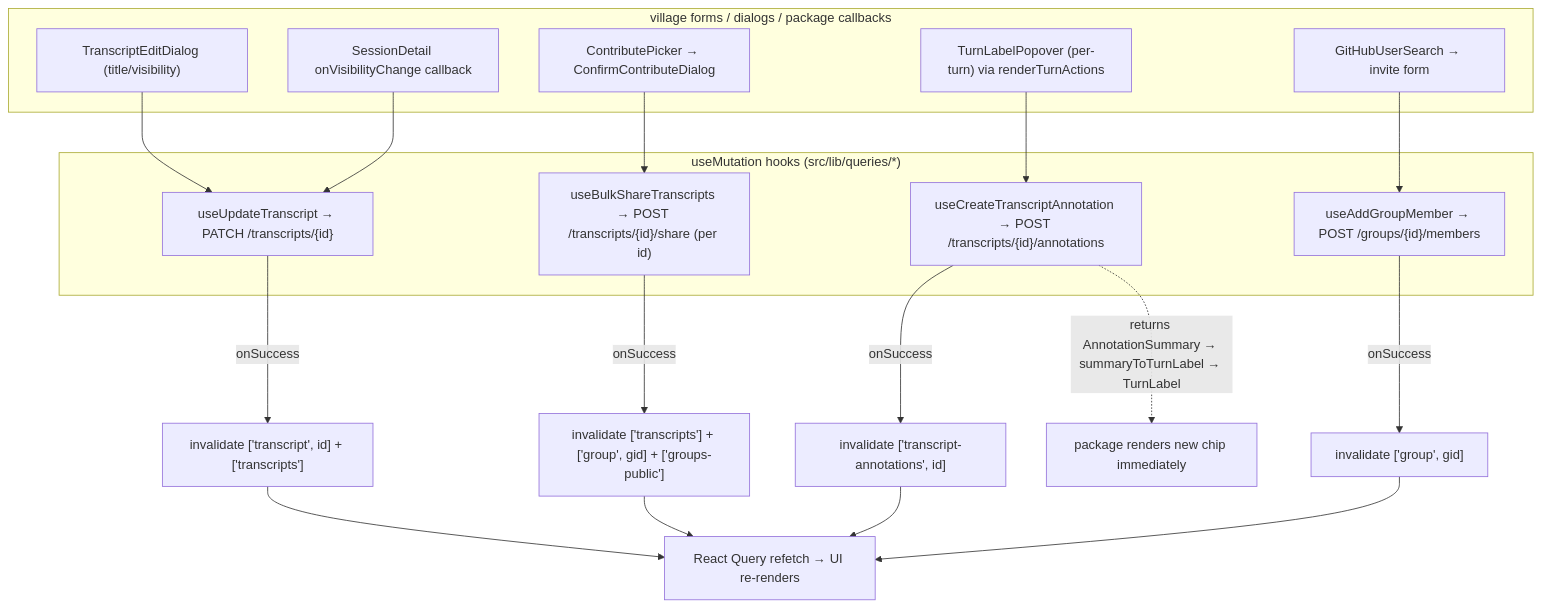
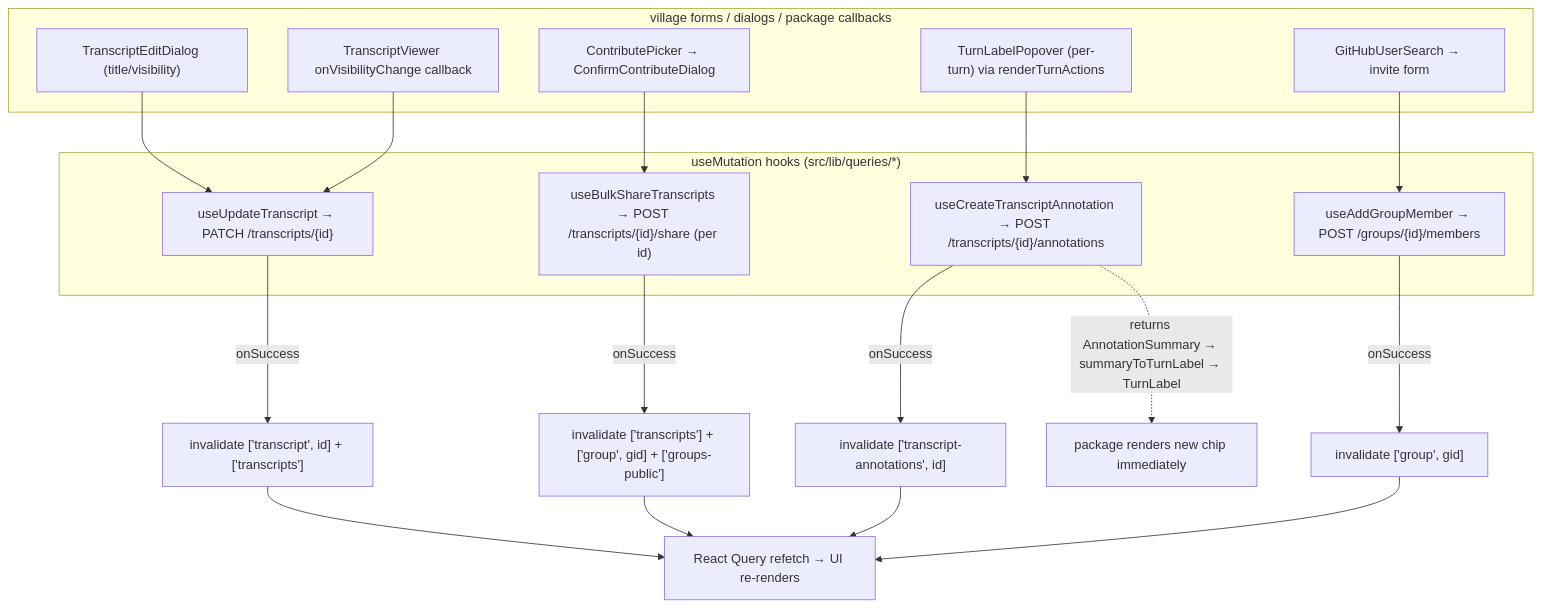
One commit to peasant-labs/village changed the second of 3 diagrams in frontend/docs/data-binding.md. Above: the diagram before and after it, drawn with Mermaid. The commit also changed other lines of this file and 22 other files, not shown here.

First line of the commit message:
refactor(frontend): import the transcript graph and TurnLabel from fairtrade 0.0.18 (#77)

````diff
--- a/frontend/docs/data-binding.md
+++ b/frontend/docs/data-binding.md
@@ -110,31 +113,31 @@
 ```mermaid
 flowchart TD
   subgraph forms["village forms / dialogs / package callbacks"]
     edit["TranscriptEditDialog (title/visibility)"]
-    vis["SessionDetail onVisibilityChange callback"]
+    vis["TranscriptViewer onVisibilityChange callback"]
     contrib["ContributePicker → ConfirmContributeDialog"]
     label["TurnLabelPopover (per-turn) via renderTurnActions"]
     invite["GitHubUserSearch → invite form"]
   end
 
   subgraph muts["useMutation hooks (src/lib/queries/*)"]
     up["useUpdateTranscript → PATCH /transcripts/{id}"]
     bulk["useBulkShareTranscripts → POST /transcripts/{id}/share (per id)"]
     ann["useCreateTranscriptAnnotation → POST /transcripts/{id}/annotations"]
     add["useAddGroupMember → POST /groups/{id}/members"]
   end
 
   edit --> up
   vis --> up
   contrib --> bulk
   label --> ann
   invite --> add
 
   up -- onSuccess --> inv1["invalidate ['transcript', id] + ['transcripts']"]
   bulk -- onSuccess --> inv2["invalidate ['transcripts'] + ['group', gid] + ['groups-public']"]
   ann -- onSuccess --> inv3["invalidate ['transcript-annotations', id]"]
   ann -. "returns AnnotationSummary → summaryToTurnLabel → TurnLabel" .-> chip["package renders new chip immediately"]
   add -- onSuccess --> inv4["invalidate ['group', gid]"]
 
   inv1 & inv2 & inv3 & inv4 --> refetch["React Query refetch → UI re-renders"]
 ```
````
